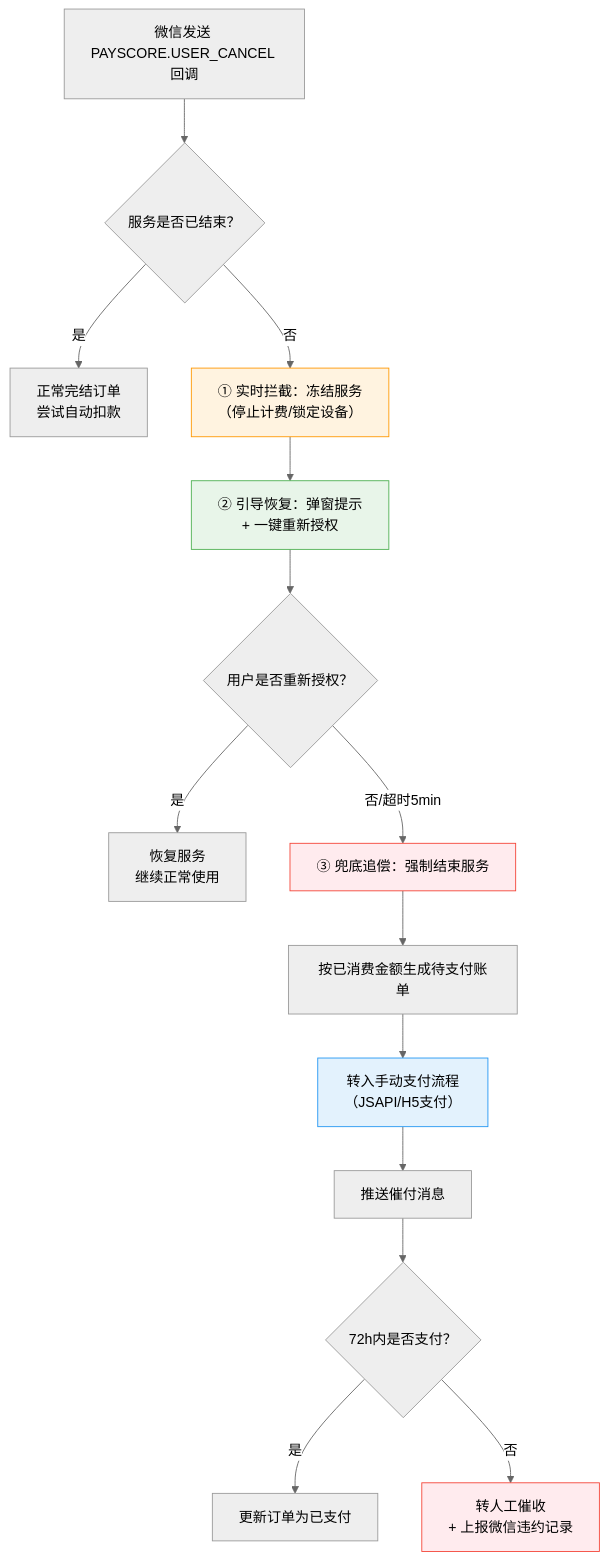
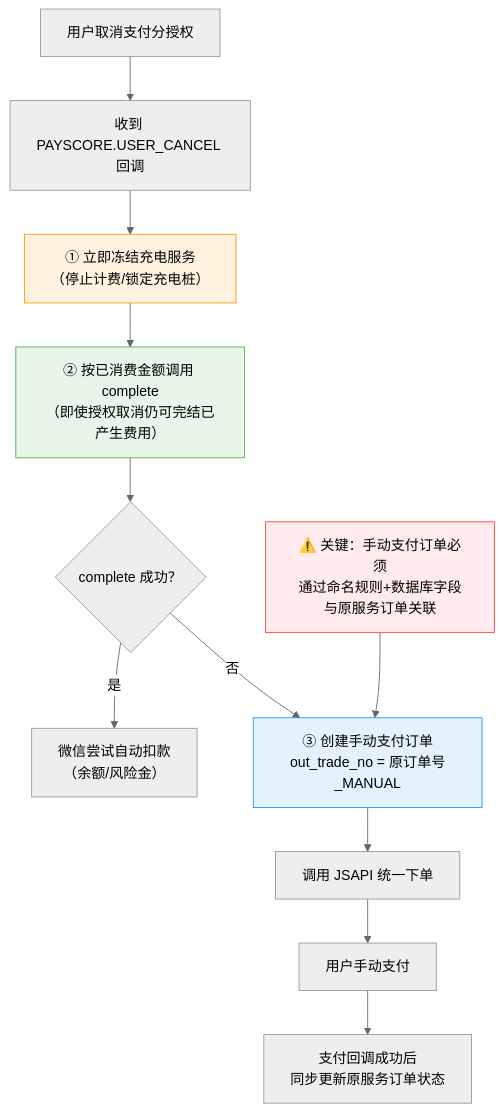
One commit to AHUCodingBeast/blogs changed the fifth of 6 diagrams in 方案设计/WeChat-Pay-JSAPI-Notes.md. Above: the diagram before and after it, drawn with Mermaid (neutral theme). The commit also changed other lines of this file and 6 other files, not shown here.

````diff
--- a/方案设计/WeChat-Pay-JSAPI-Notes.md
+++ b/方案设计/WeChat-Pay-JSAPI-Notes.md
@@ -638,22 +636,19 @@
 ```mermaid
 graph TB
-    A["微信发送 PAYSCORE.USER_CANCEL 回调"] --> B{"服务是否已结束？"}
-    B -->|是| C["正常完结订单<br/>尝试自动扣款"]
-    B -->|否| D["① 实时拦截：冻结服务<br/>（停止计费/锁定设备）"]
-    D --> E["② 引导恢复：弹窗提示<br/>+ 一键重新授权"]
-    E --> F{"用户是否重新授权？"}
-    F -->|是| G["恢复服务<br/>继续正常使用"]
-    F -->|否/超时5min| H["③ 兜底追偿：强制结束服务"]
-    H --> I["按已消费金额生成待支付账单"]
-    I --> J["转入手动支付流程<br/>（JSAPI/H5支付）"]
-    J --> K["推送催付消息"]
-    K --> L{"72h内是否支付？"}
-    L -->|是| M["更新订单为已支付"]
-    L -->|否| N["转人工催收<br/>+ 上报微信违约记录"]
+    A["用户取消支付分授权"] --> B["收到 PAYSCORE.USER_CANCEL 回调"]
+    B --> C["① 立即冻结充电服务<br/>（停止计费/锁定充电桩）"]
+    C --> D["② 按已消费金额调用 complete<br/>（即使授权取消仍可完结已产生费用）"]
+    D --> E{"complete 成功？"}
+    E -->|是| F["微信尝试自动扣款<br/>（余额/风险金）"]
+    E -->|否| G["③ 创建手动支付订单<br/>out_trade_no = 原订单号_MANUAL"]
+    G --> H["调用 JSAPI 统一下单"]
+    H --> I["用户手动支付"]
+    I --> J["支付回调成功后<br/>同步更新原服务订单状态"]
     
-    style D fill:#fff3e0,stroke:#ff9800
-    style E fill:#e8f5e9,stroke:#4caf50
-    style H fill:#ffebee,stroke:#f44336
-    style J fill:#e3f2fd,stroke:#2196f3
-    style N fill:#ffebee,stroke:#f44336
+    K["⚠️ 关键：手动支付订单必须<br/>通过命名规则+数据库字段<br/>与原服务订单关联"] --> G
+    
+    style C fill:#fff3e0,stroke:#ff9800
+    style D fill:#e8f5e9,stroke:#4caf50
+    style G fill:#e3f2fd,stroke:#2196f3
+    style K fill:#ffebee,stroke:#f44336
 ```
````
